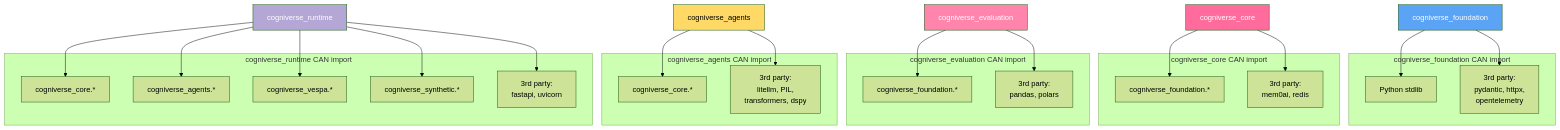
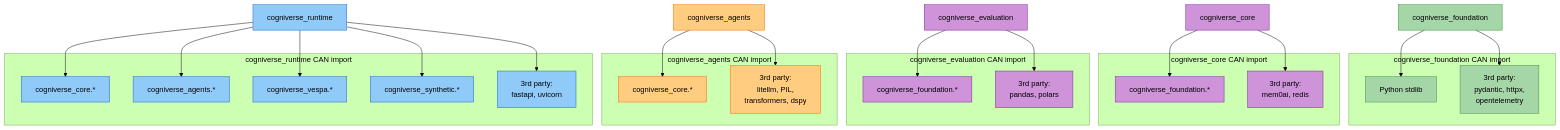
One commit to amit-jain/cogniverse changed diagram 12 of 17 in docs/diagrams/sdk-architecture-diagrams.md. Above: the diagram before and after it, drawn with Mermaid (forest theme). The commit also changed other lines of this file and 83 other files, not shown here.

First line of the commit message:
Fix documentation veracity, formatting, and diagrams across all modules

````diff
--- a/docs/diagrams/sdk-architecture-diagrams.md
+++ b/docs/diagrams/sdk-architecture-diagrams.md
@@ -615,54 +595,67 @@
 ```mermaid
-graph TB
-    subgraph "cogniverse_foundation CAN import"
-        FoundationStdLib[Python stdlib]
-        FoundationThirdParty[3rd party:<br/>pydantic, httpx,<br/>opentelemetry]
+flowchart TB
+    subgraph FoundationCan["<span style='color:#000'>cogniverse_foundation CAN import</span>"]
+        FoundationStdLib["<span style='color:#000'>Python stdlib</span>"]
+        FoundationThirdParty["<span style='color:#000'>3rd party:<br/>pydantic, httpx,<br/>opentelemetry</span>"]
     end
 
-    subgraph "cogniverse_core CAN import"
-        CoreFoundation[cogniverse_foundation.*]
-        CoreThirdParty[3rd party:<br/>mem0ai, redis]
+    subgraph CoreCan["<span style='color:#000'>cogniverse_core CAN import</span>"]
+        CoreFoundation["<span style='color:#000'>cogniverse_foundation.*</span>"]
+        CoreThirdParty["<span style='color:#000'>3rd party:<br/>mem0ai, redis</span>"]
     end
 
-    subgraph "cogniverse_evaluation CAN import"
-        EvalFoundation[cogniverse_foundation.*]
-        EvalThirdParty[3rd party:<br/>pandas, polars]
+    subgraph EvalCan["<span style='color:#000'>cogniverse_evaluation CAN import</span>"]
+        EvalFoundation["<span style='color:#000'>cogniverse_foundation.*</span>"]
+        EvalThirdParty["<span style='color:#000'>3rd party:<br/>pandas, polars</span>"]
     end
 
-    subgraph "cogniverse_agents CAN import"
-        AgentsCore[cogniverse_core.*]
-        AgentsThirdParty[3rd party:<br/>litellm, PIL,<br/>transformers, dspy]
+    subgraph AgentsCan["<span style='color:#000'>cogniverse_agents CAN import</span>"]
+        AgentsCore["<span style='color:#000'>cogniverse_core.*</span>"]
+        AgentsThirdParty["<span style='color:#000'>3rd party:<br/>litellm, PIL,<br/>transformers, dspy</span>"]
     end
 
-    subgraph "cogniverse_runtime CAN import"
-        RuntimeCore[cogniverse_core.*]
-        RuntimeAgents[cogniverse_agents.*]
-        RuntimeVespa[cogniverse_vespa.*]
-        RuntimeSynthetic[cogniverse_synthetic.*]
-        RuntimeThirdParty[3rd party:<br/>fastapi, uvicorn]
+    subgraph RuntimeCan["<span style='color:#000'>cogniverse_runtime CAN import</span>"]
+        RuntimeCore["<span style='color:#000'>cogniverse_core.*</span>"]
+        RuntimeAgents["<span style='color:#000'>cogniverse_agents.*</span>"]
+        RuntimeVespa["<span style='color:#000'>cogniverse_vespa.*</span>"]
+        RuntimeSynthetic["<span style='color:#000'>cogniverse_synthetic.*</span>"]
+        RuntimeThirdParty["<span style='color:#000'>3rd party:<br/>fastapi, uvicorn</span>"]
     end
 
-    Foundation[cogniverse_foundation] --> FoundationStdLib
+    Foundation["<span style='color:#000'>cogniverse_foundation</span>"] --> FoundationStdLib
     Foundation --> FoundationThirdParty
 
-    Core[cogniverse_core] --> CoreFoundation
+    Core["<span style='color:#000'>cogniverse_core</span>"] --> CoreFoundation
     Core --> CoreThirdParty
 
-    Evaluation[cogniverse_evaluation] --> EvalFoundation
+    Evaluation["<span style='color:#000'>cogniverse_evaluation</span>"] --> EvalFoundation
     Evaluation --> EvalThirdParty
 
-    Agents[cogniverse_agents] --> AgentsCore
+    Agents["<span style='color:#000'>cogniverse_agents</span>"] --> AgentsCore
     Agents --> AgentsThirdParty
 
-    Runtime[cogniverse_runtime] --> RuntimeCore
+    Runtime["<span style='color:#000'>cogniverse_runtime</span>"] --> RuntimeCore
     Runtime --> RuntimeAgents
     Runtime --> RuntimeVespa
     Runtime --> RuntimeSynthetic
     Runtime --> RuntimeThirdParty
 
-    style Foundation fill:#5BA3F5,color:#fff
-    style Core fill:#FF6B9D,color:#fff
-    style Evaluation fill:#FF85AD,color:#fff
-    style Agents fill:#FFD966
-    style Runtime fill:#B4A7D6,color:#fff
+    style Foundation fill:#a5d6a7,stroke:#388e3c,color:#000
+    style Core fill:#ce93d8,stroke:#7b1fa2,color:#000
+    style Evaluation fill:#ce93d8,stroke:#7b1fa2,color:#000
+    style Agents fill:#ffcc80,stroke:#ef6c00,color:#000
+    style Runtime fill:#90caf9,stroke:#1565c0,color:#000
+    style FoundationStdLib fill:#a5d6a7,stroke:#388e3c,color:#000
+    style FoundationThirdParty fill:#a5d6a7,stroke:#388e3c,color:#000
+    style CoreFoundation fill:#ce93d8,stroke:#7b1fa2,color:#000
+    style CoreThirdParty fill:#ce93d8,stroke:#7b1fa2,color:#000
+    style EvalFoundation fill:#ce93d8,stroke:#7b1fa2,color:#000
+    style EvalThirdParty fill:#ce93d8,stroke:#7b1fa2,color:#000
+    style AgentsCore fill:#ffcc80,stroke:#ef6c00,color:#000
+    style AgentsThirdParty fill:#ffcc80,stroke:#ef6c00,color:#000
+    style RuntimeCore fill:#90caf9,stroke:#1565c0,color:#000
+    style RuntimeAgents fill:#90caf9,stroke:#1565c0,color:#000
+    style RuntimeVespa fill:#90caf9,stroke:#1565c0,color:#000
+    style RuntimeSynthetic fill:#90caf9,stroke:#1565c0,color:#000
+    style RuntimeThirdParty fill:#90caf9,stroke:#1565c0,color:#000
 ```
````
